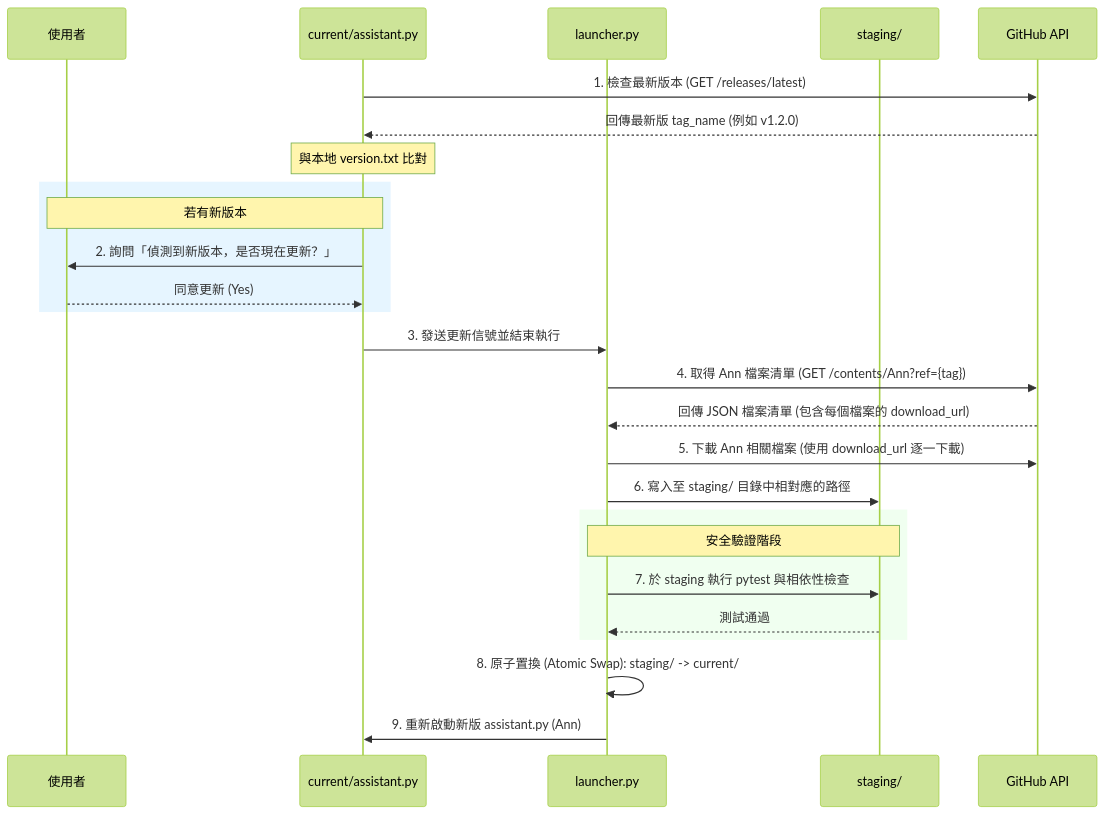
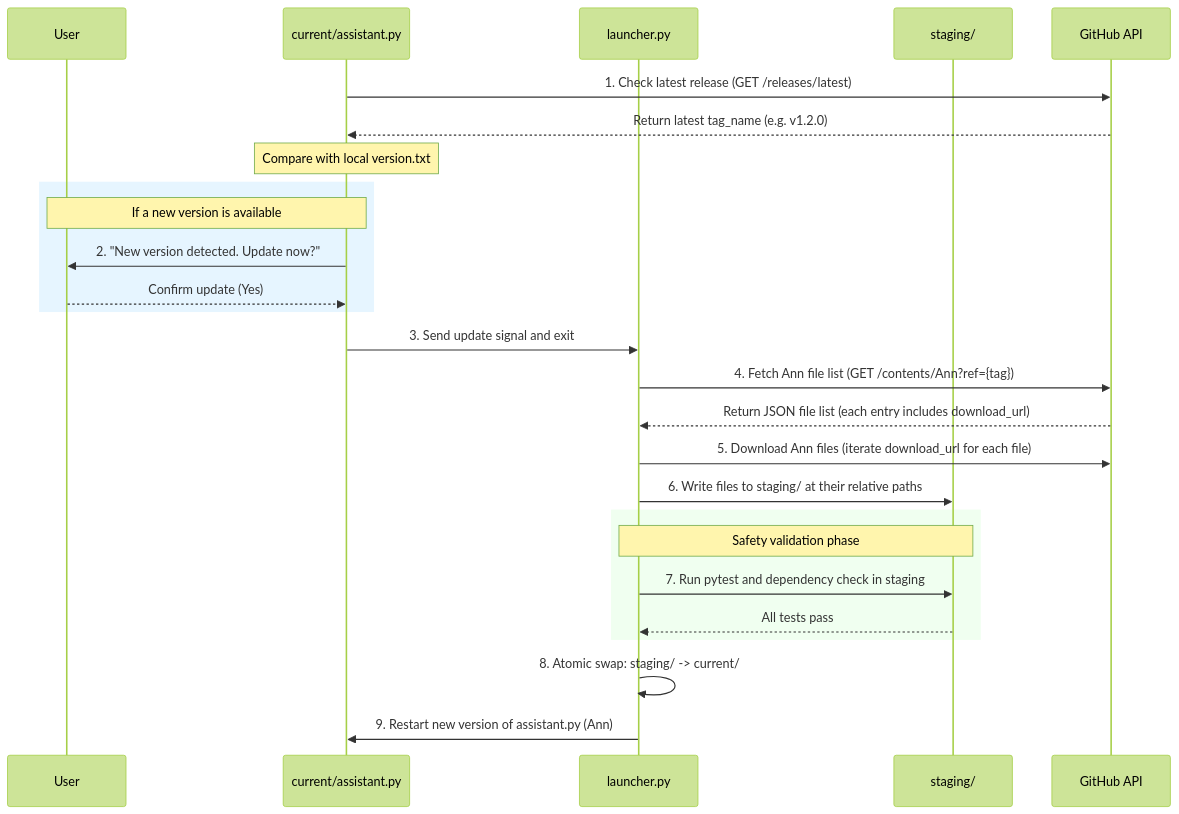
One commit to zohanlin2-ai/AI-coding-only changed the second of 2 diagrams in Ann/README.md. Above: the diagram before and after it, drawn with Mermaid (forest theme). The commit also changed other lines of this file and 13 other files, not shown here.

First line of the commit message:
feat(ann): implement full codebase + translate all docs to English

````diff
--- a/Ann/README.md
+++ b/Ann/README.md
@@ -80,33 +86,33 @@
 ```mermaid
 sequenceDiagram
-    participant U as 使用者
+    participant U as User
     participant A as current/assistant.py
     participant L as launcher.py
     participant S as staging/
     participant GH as GitHub API
 
-    A->>GH: 1. 檢查最新版本 (GET /releases/latest)
-    GH-->>A: 回傳最新版 tag_name (例如 v1.2.0)
-    Note over A: 與本地 version.txt 比對
+    A->>GH: 1. Check latest release (GET /releases/latest)
+    GH-->>A: Return latest tag_name (e.g. v1.2.0)
+    Note over A: Compare with local version.txt
 
     rect rgb(230, 245, 255)
-        Note over A, U: 若有新版本
-        A->>U: 2. 詢問「偵測到新版本，是否現在更新？」
-        U-->>A: 同意更新 (Yes)
+        Note over A, U: If a new version is available
+        A->>U: 2. "New version detected. Update now?"
+        U-->>A: Confirm update (Yes)
     end
 
-    A->>L: 3. 發送更新信號並結束執行
-    L->>GH: 4. 取得 Ann 檔案清單 (GET /contents/Ann?ref={tag})
-    GH-->>L: 回傳 JSON 檔案清單 (包含每個檔案的 download_url)
-    L->>GH: 5. 下載 Ann 相關檔案 (使用 download_url 逐一下載)
-    L->>S: 6. 寫入至 staging/ 目錄中相對應的路徑
+    A->>L: 3. Send update signal and exit
+    L->>GH: 4. Fetch Ann file list (GET /contents/Ann?ref={tag})
+    GH-->>L: Return JSON file list (each entry includes download_url)
+    L->>GH: 5. Download Ann files (iterate download_url for each file)
+    L->>S: 6. Write files to staging/ at their relative paths
 
     rect rgb(240, 255, 240)
-        Note over L, S: 安全驗證階段
-        L->>S: 7. 於 staging 執行 pytest 與相依性檢查
-        S-->>L: 測試通過
+        Note over L, S: Safety validation phase
+        L->>S: 7. Run pytest and dependency check in staging
+        S-->>L: All tests pass
     end
 
-    L->>L: 8. 原子置換 (Atomic Swap): staging/ -> current/
-    L->>A: 9. 重新啟動新版 assistant.py (Ann)
+    L->>L: 8. Atomic swap: staging/ -> current/
+    L->>A: 9. Restart new version of assistant.py (Ann)
 ```
````
